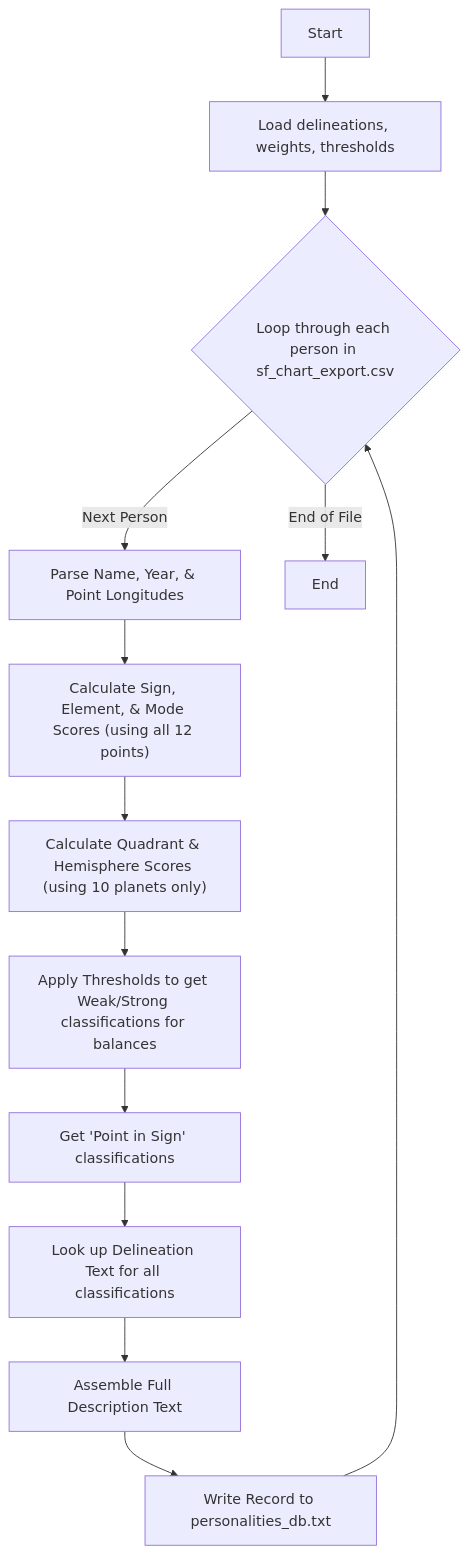
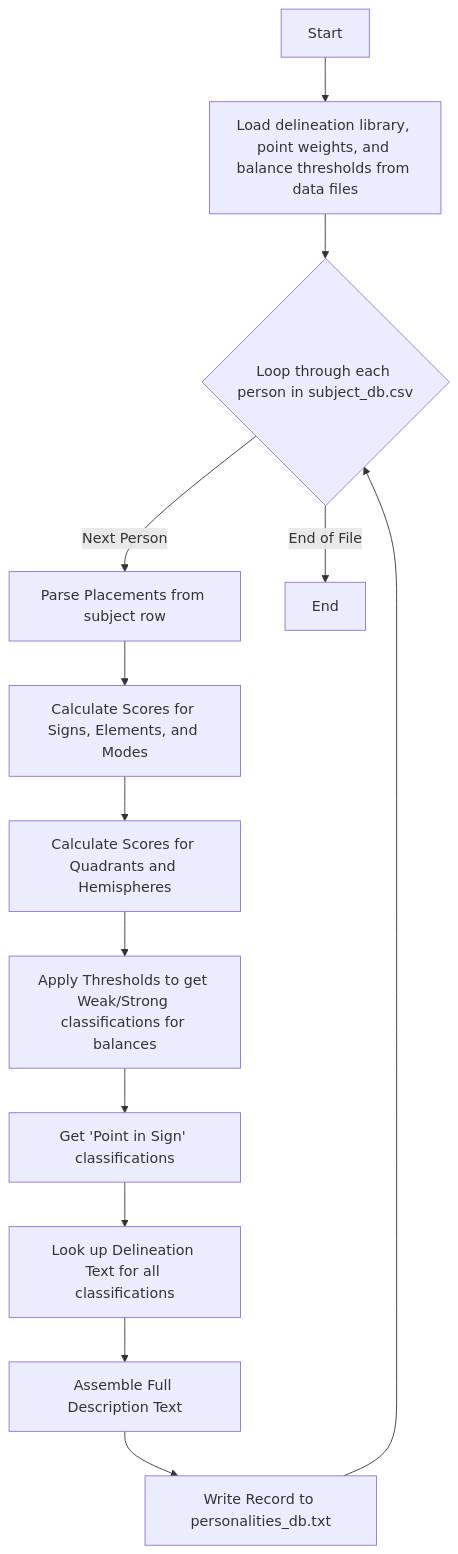
One commit to peterjmarko/llm-narrative-framework changed the diagram in docs/diagrams/logic_prep_generation.mmd. Above: the diagram before and after it, drawn with Mermaid. The commit also changed 13 other files, not shown here.

```diff
--- a/docs/diagrams/logic_prep_generation.mmd
+++ b/docs/diagrams/logic_prep_generation.mmd
@@ -1,13 +1,13 @@
 graph TD
-    A[Start] --> B[Load delineations, weights, thresholds];
-    B --> C{Loop through each person in sf_chart_export.csv};
-    C -- "Next Person" --> D[Parse Name, Year, & Point Longitudes];
-    D --> E["Calculate Sign, Element, & Mode Scores (using all 12 points)"];
-    E --> F["Calculate Quadrant & Hemisphere Scores (using 10 planets only)"];
-    F --> G["Apply Thresholds to get Weak/Strong classifications for balances"];
+    A[Start] --> B["Load delineation library, point weights, and balance thresholds from data files"];
+    B --> C{Loop through each person in subject_db.csv};
+    C -- Next Person --> D[Parse Placements from subject row];
+    D --> E["Calculate Scores for Signs, Elements, and Modes"];
+    E --> F["Calculate Scores for Quadrants and Hemispheres"];
+    F --> G[Apply Thresholds to get Weak/Strong classifications for balances];
     G --> H[Get 'Point in Sign' classifications];
     H --> I[Look up Delineation Text for all classifications];
     I --> J[Assemble Full Description Text];
     J --> K[Write Record to personalities_db.txt];
     K --> C;
-    C -- "End of File" --> L[End];
+    C -- End of File --> L[End];
```
